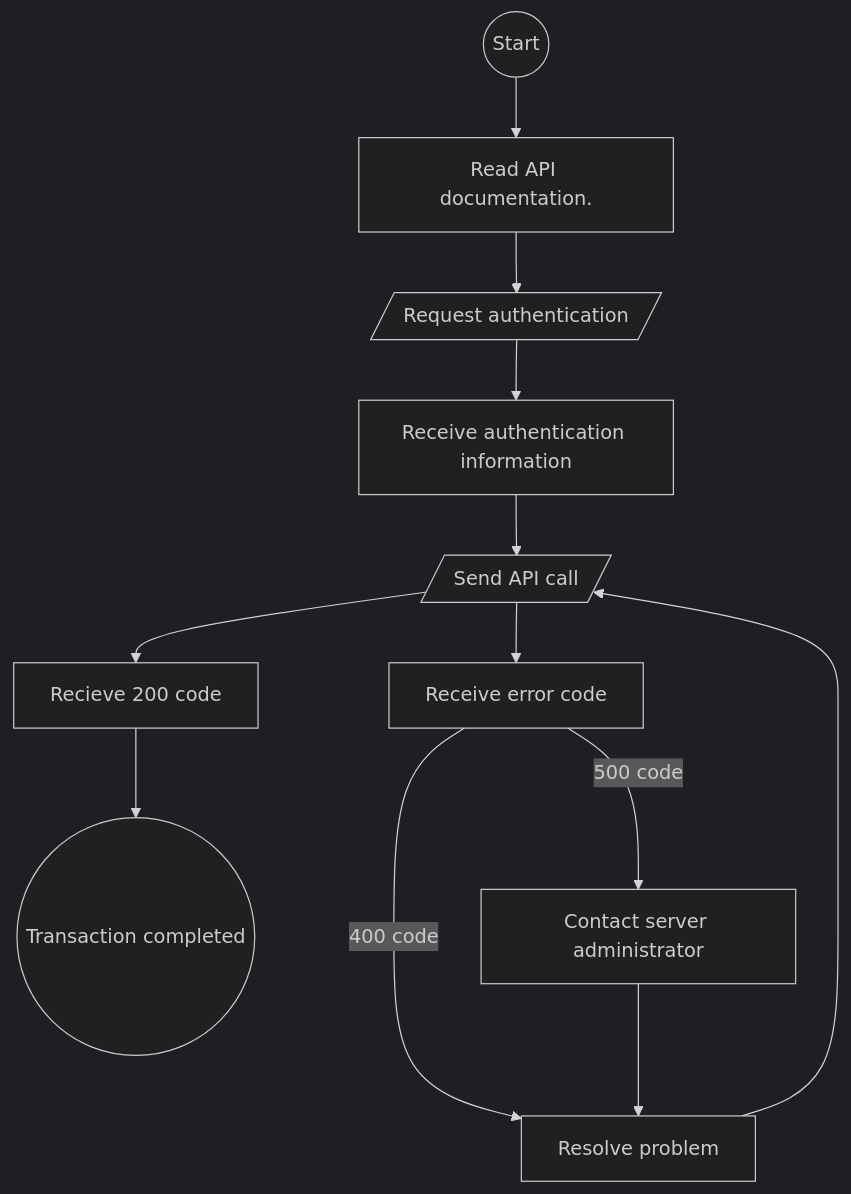
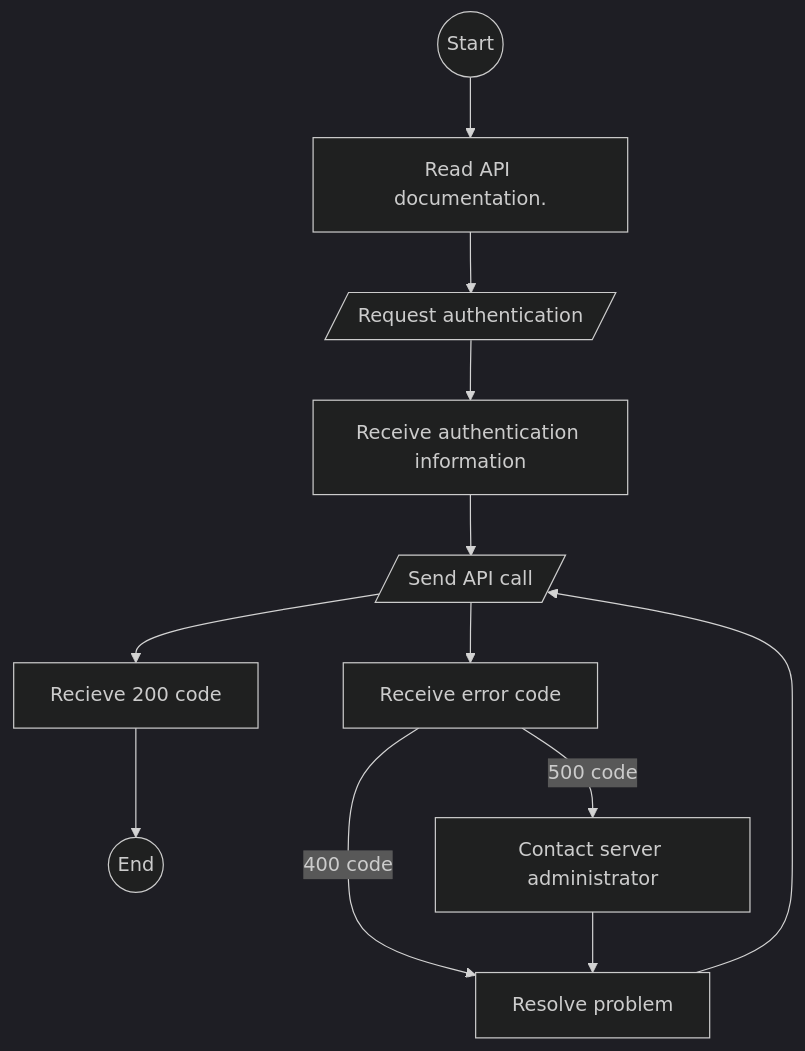
One commit to yusale9/student-showcase changed the diagram in student-work/2023/Sharon-Schnee/api-final-project/readme.md. Above: the diagram before and after it, drawn with Mermaid (dark theme).

````diff
--- a/student-work/2023/Sharon-Schnee/api-final-project/readme.md
+++ b/student-work/2023/Sharon-Schnee/api-final-project/readme.md
@@ -13,14 +13,14 @@
 ```mermaid
    flowchart TD
    A((Start))-->B[Read API documentation.];
    B-->C[/Request authentication/];
    C-->D[Receive authentication information];
    D-->E[/Send API call/];
    E-->F[Recieve 200 code];
-   F-->G((Transaction completed));
+   F-->G((End));
    E-->H[Receive error code];
    H--400 code-->J;
    H--500 code-->I[Contact server administrator];
    I-->J[Resolve problem];
    J-->E;
 ```
````
